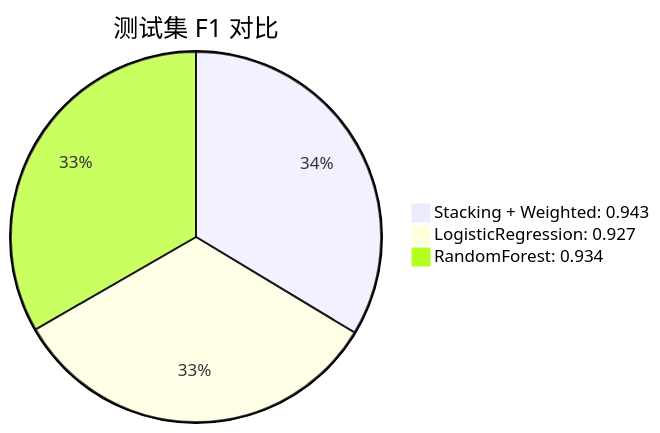
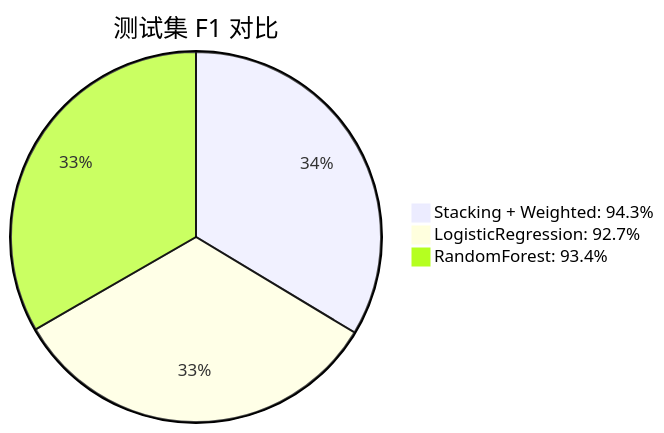
Diagram 11 of 12 in machine_learning/ensemble_learning/docs/基于Stacking和加权融合的多层集成学习方案.md (zsh003/maltack), drawn with Mermaid before and after one commit. The commit also changed other lines of this file and 2 other files, not shown here.

````diff
--- a/machine_learning/ensemble_learning/docs/基于Stacking和加权融合的多层集成学习方案.md
+++ b/machine_learning/ensemble_learning/docs/基于Stacking和加权融合的多层集成学习方案.md
@@ -165,6 +164,6 @@
 ```mermaid
 pie title 测试集 F1 对比
-  "Stacking + Weighted: 0.943" : 0.943
-  "LogisticRegression: 0.927" : 0.927
-  "RandomForest: 0.934" : 0.934
+  "Stacking + Weighted: 94.3%" : 94.3
+  "LogisticRegression: 92.7%" : 92.7
+  "RandomForest: 93.4%" : 93.4
 ```
````
